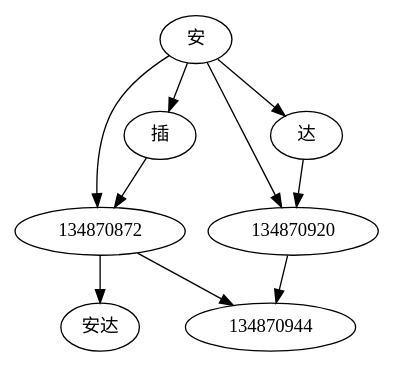
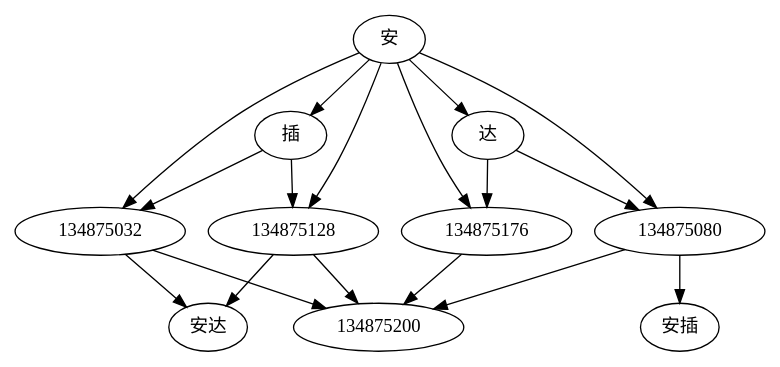
Before and after one commit to barnabuschen/nero: the diagram in era/data/wordspic.dot, drawn with Graphviz. The commit also changed 16 other files, not shown here.

```diff
--- a/era/data/wordspic.dot
+++ b/era/data/wordspic.dot
@@ -1,13 +1,21 @@
 digraph graphname {
 
-	安 -> 134870872;
+	安 -> 134875032;
 	安 -> 插;
-	安 -> 134870920;
+	安 -> 134875080;
 	安 -> 达;
-	插 -> 134870872;
-	达 -> 134870920;
-	134870872 -> 134870944;
-	134870872 ->  安达;
-	134870920 -> 134870944;
+	安 -> 134875128;
+	安 -> 134875176;
+	插 -> 134875032;
+	插 -> 134875128;
+	达 -> 134875080;
+	达 -> 134875176;
+	134875032 -> 134875200;
+	134875032 ->  安达;
+	134875080 -> 134875200;
+	134875080 ->  安插;
+	134875128 -> 134875200;
+	134875128 ->  安达;
+	134875176 -> 134875200;
 
 }
```
